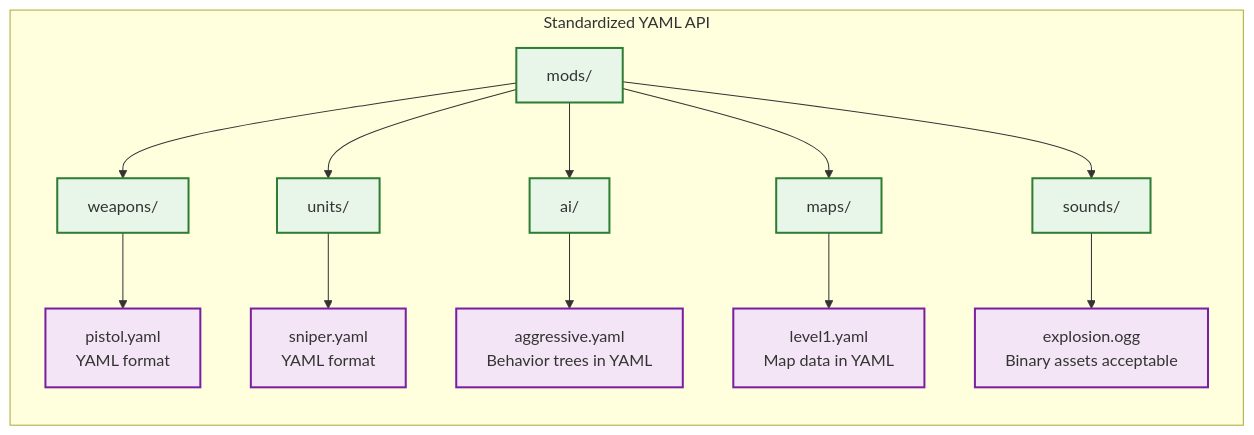
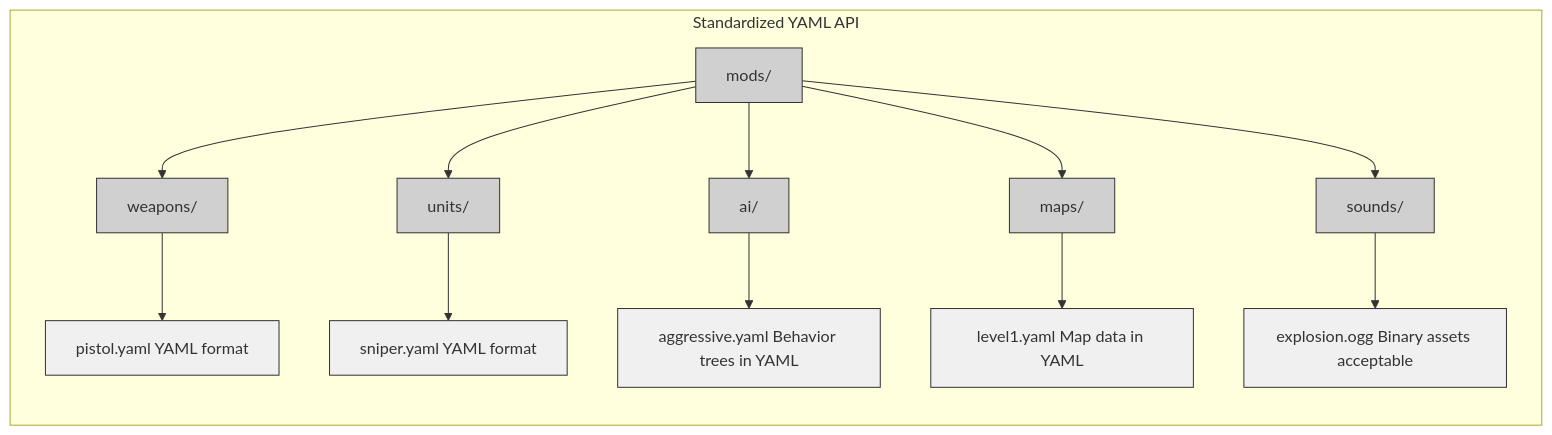
The second of 2 diagrams in common_pitfalls.md (jukofyork/close-combat-architecture-study), drawn with Mermaid before and after one commit. The commit also changed other lines of this file and 15 other files, not shown here.

````diff
--- a/common_pitfalls.md
+++ b/common_pitfalls.md
@@ -1729,23 +1729,23 @@
 ```mermaid
 flowchart TD
     subgraph Standardized["Standardized YAML API"]
         direction TB
         root["mods/"] --> weapons2["weapons/"]
         root --> units2["units/"]
         root --> ai2["ai/"]
         root --> maps2["maps/"]
         root --> sounds2["sounds/"]
 
-        weapons2 --> pistol2["pistol.yaml<br>YAML format"]
-        units2 --> sniper2["sniper.yaml<br>YAML format"]
-        ai2 --> aggressive2["aggressive.yaml<br>Behavior trees in YAML"]
-        maps2 --> level2["level1.yaml<br>Map data in YAML"]
-        sounds2 --> explosion2["explosion.ogg<br>Binary assets acceptable"]
+        weapons2 --> pistol2["pistol.yaml YAML format"]
+        units2 --> sniper2["sniper.yaml YAML format"]
+        ai2 --> aggressive2["aggressive.yaml Behavior trees in YAML"]
+        maps2 --> level2["level1.yaml Map data in YAML"]
+        sounds2 --> explosion2["explosion.ogg Binary assets acceptable"]
     end
 
-    classDef default fill:#f9f9f9,stroke:#333,stroke-width:2px
-    classDef folder fill:#e8f5e9,stroke:#2e7d32,stroke-width:2px
-    classDef file fill:#f3e5f5,stroke:#7b1fa2,stroke-width:2px
+    classDef default fill:#fff,stroke:#000,stroke-width:1px
+    classDef folder fill:#d0d0d0,stroke:#333,stroke-width:1px
+    classDef file fill:#f0f0f0,stroke:#333,stroke-width:1px
     class root,weapons2,units2,ai2,maps2,sounds2 folder
     class pistol2,sniper2,aggressive2,level2,explosion2 file
 ```
````
